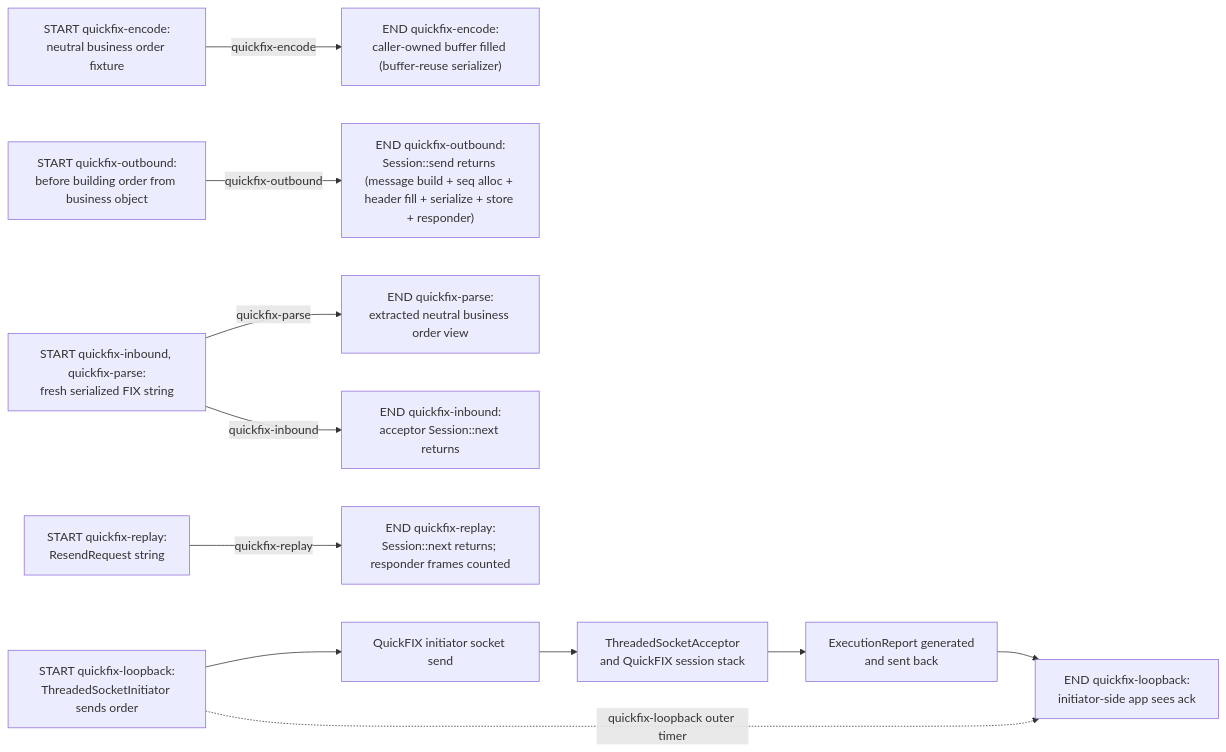
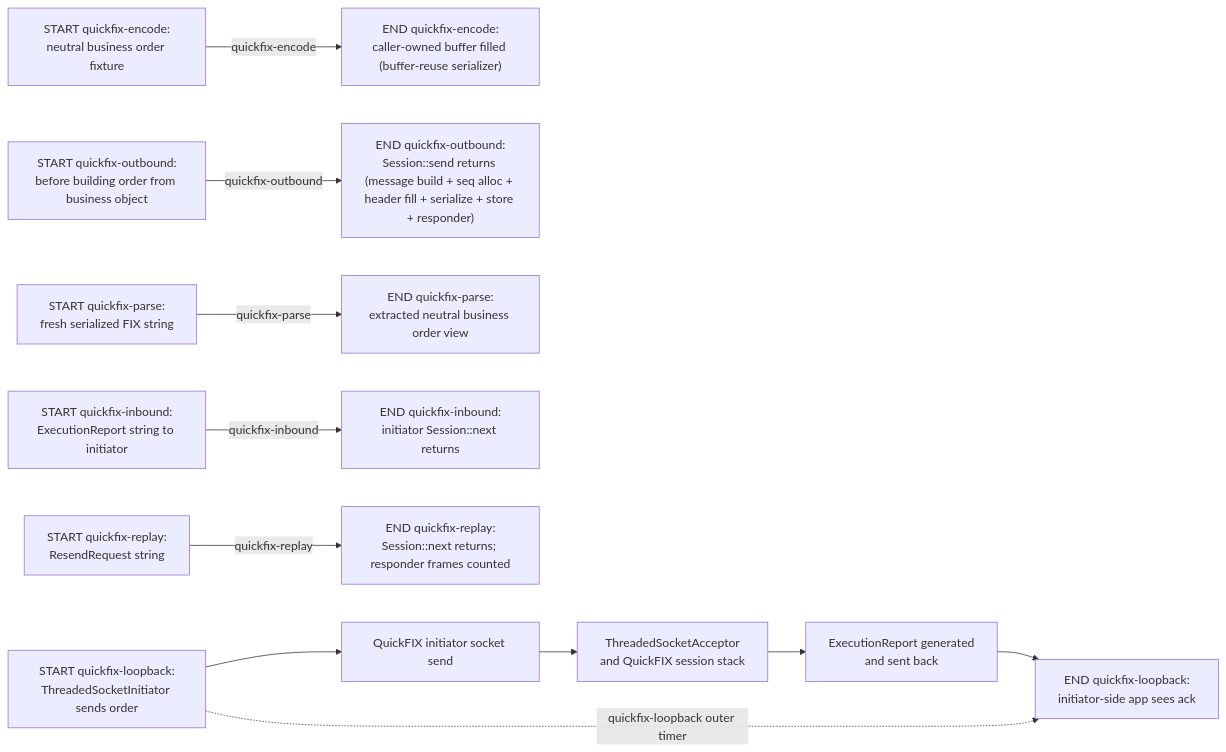
One commit to yhwwwwww/nimblefix changed the second of 3 diagrams in bench/README.md. Above: the diagram before and after it, drawn with Mermaid. The commit also changed other lines of this file and 11 other files, not shown here.

````diff
--- a/bench/README.md
+++ b/bench/README.md
@@ -73,11 +75,11 @@
 ```mermaid
 flowchart LR
 	BO["START quickfix-encode:<br/>neutral business order fixture"] -->|quickfix-encode| QB["END quickfix-encode:<br/>caller-owned buffer filled (buffer-reuse serializer)"]
 	QO["START quickfix-outbound:<br/>before building order from business object"] -->|quickfix-outbound| QOE["END quickfix-outbound:<br/>Session::send returns (message build + seq alloc + header fill + serialize + store + responder)"]
-	QS["START quickfix-inbound, quickfix-parse:<br/>fresh serialized FIX string"] -->|quickfix-parse| QP["END quickfix-parse:<br/>extracted neutral business order view"]
-	QS -->|quickfix-inbound| QI["END quickfix-inbound:<br/>acceptor Session::next returns"]
+	QS["START quickfix-parse:<br/>fresh serialized FIX string"] -->|quickfix-parse| QP["END quickfix-parse:<br/>extracted neutral business order view"]
+	QIFrame["START quickfix-inbound:<br/>ExecutionReport string to initiator"] -->|quickfix-inbound| QI["END quickfix-inbound:<br/>initiator Session::next returns"]
 	QRR["START quickfix-replay:<br/>ResendRequest string"] -->|quickfix-replay| QR["END quickfix-replay:<br/>Session::next returns; responder frames counted"]
 
 	QLS["START quickfix-loopback:<br/>ThreadedSocketInitiator sends order"] --> QTX["QuickFIX initiator socket send"] --> QAC["ThreadedSocketAcceptor<br/>and QuickFIX session stack"] --> QACK["ExecutionReport generated<br/>and sent back"] --> QLE["END quickfix-loopback:<br/>initiator-side app sees ack"]
 	QLS -.->|quickfix-loopback outer timer| QLE
 ```
````
